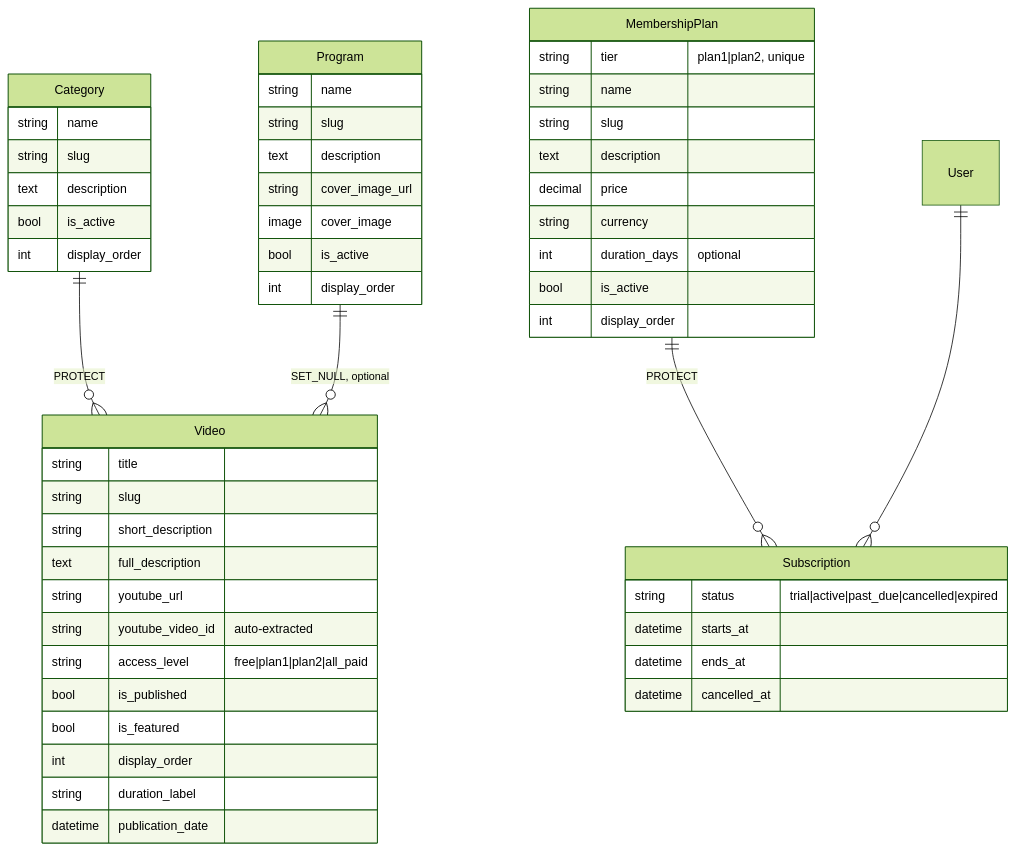
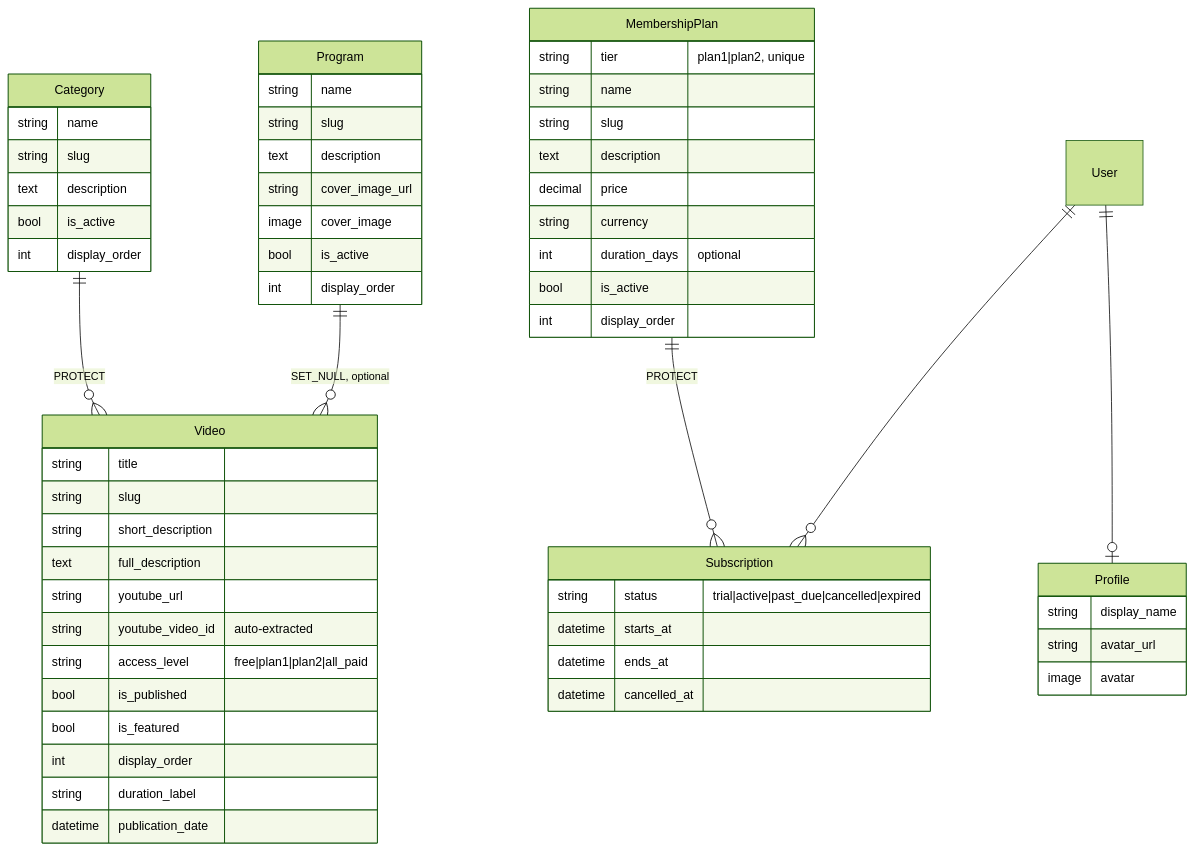
One commit to hokuto06/recreobienestar changed the fourth of 6 diagrams in backend/ARCHITECTURE.md. Above: the diagram before and after it, drawn with Mermaid (forest theme). The commit also changed other lines of this file and 63 other files, not shown here.

````diff
--- a/backend/ARCHITECTURE.md
+++ b/backend/ARCHITECTURE.md
@@ -116,55 +128,61 @@
 ```mermaid
 erDiagram
     Category ||--o{ Video : "PROTECT"
     Program ||--o{ Video : "SET_NULL, optional"
     MembershipPlan ||--o{ Subscription : "PROTECT"
     User ||--o{ Subscription : ""
 
     Category {
         string name
         string slug
         text description
         bool is_active
         int display_order
     }
     Program {
         string name
         string slug
         text description
         string cover_image_url
         image cover_image
         bool is_active
         int display_order
     }
     Video {
         string title
         string slug
         string short_description
         text full_description
         string youtube_url
         string youtube_video_id "auto-extracted"
         string access_level "free|plan1|plan2|all_paid"
         bool is_published
         bool is_featured
         int display_order
         string duration_label
         datetime publication_date
     }
     MembershipPlan {
         string tier "plan1|plan2, unique"
         string name
         string slug
         text description
         decimal price
         string currency
         int duration_days "optional"
         bool is_active
         int display_order
     }
     Subscription {
         string status "trial|active|past_due|cancelled|expired"
         datetime starts_at
         datetime ends_at
         datetime cancelled_at
     }
+    User ||--o| Profile : ""
+    Profile {
+        string display_name
+        string avatar_url
+        image avatar
+    }
 ```
````
